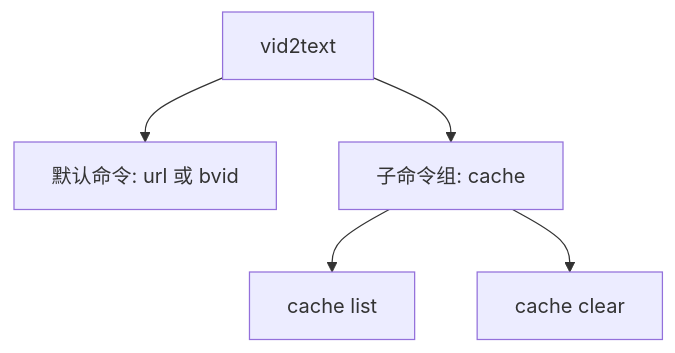
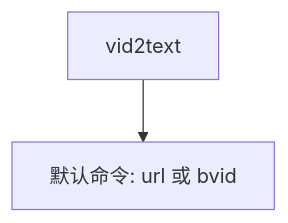
One commit to kechengzhang28/Vid2Text-Skill changed the fifth of 5 diagrams in docs/dev.md. Above: the diagram before and after it, drawn with Mermaid. The commit also changed other lines of this file and 2 other files, not shown here.

First line of the commit message:
docs: improve project documentation and remove cache design

````diff
--- a/docs/dev.md
+++ b/docs/dev.md
@@ -408,7 +268,4 @@
 ```mermaid
 flowchart TD
     main[vid2text] --> transcribe["默认命令: url 或 bvid"]
-    main --> cache[子命令组: cache]
-    cache --> cache_list[cache list]
-    cache --> cache_clear[cache clear]
 ```
````
